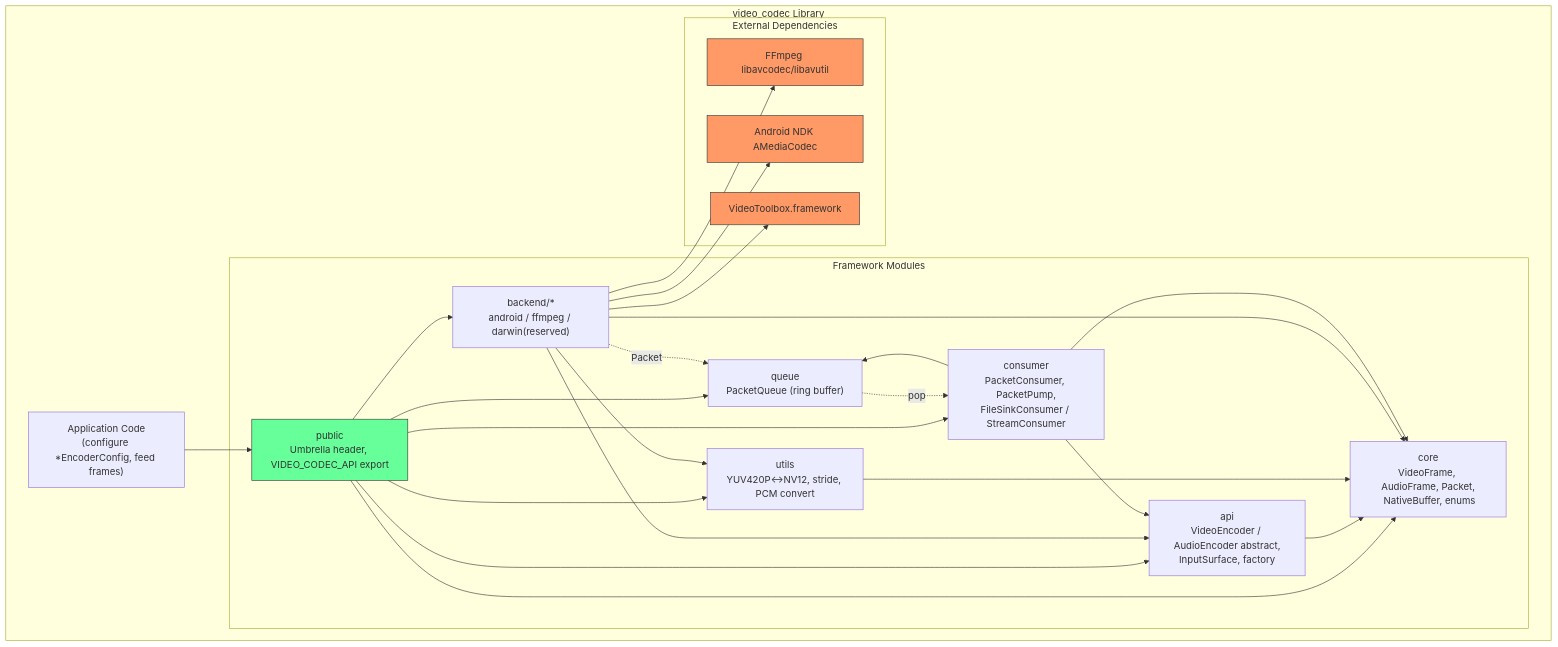
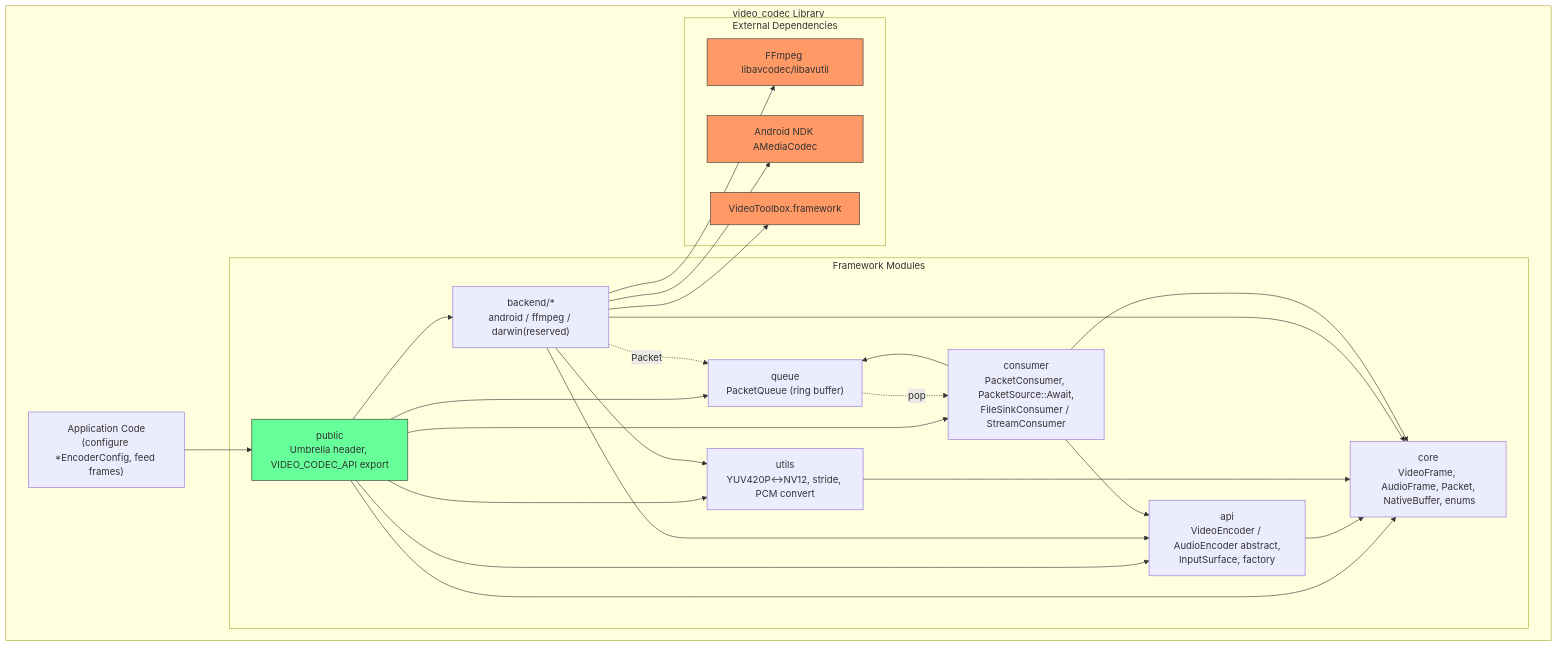
The first of 7 diagrams in specs/002-architecture-engineering-design/plan.md (oxsource/video_codec), drawn with Mermaid before and after one commit. The commit also changed other lines of this file and 69 other files, not shown here.

````diff
--- a/specs/002-architecture-engineering-design/plan.md
+++ b/specs/002-architecture-engineering-design/plan.md
@@ -133,48 +133,48 @@
 ```mermaid
 graph TD
     subgraph "video_codec Library"
         APP["Application Code<br/>(configure *EncoderConfig, feed frames)"]
 
         subgraph "Framework Modules"
             CORE["core<br/>VideoFrame, AudioFrame, Packet,<br/> NativeBuffer, enums"]
             API["api<br/>VideoEncoder / AudioEncoder abstract,<br/>InputSurface, factory"]
             UTILS["utils<br/>YUV420P↔NV12, stride, PCM convert"]
             BFF["backend/*<br/>android / ffmpeg / darwin(reserved)"]
             QUEUE["queue<br/>PacketQueue (ring buffer)"]
-            CONSUMER["consumer<br/>PacketConsumer, PacketPump,<br/>FileSinkConsumer / StreamConsumer"]
+            CONSUMER["consumer<br/>PacketConsumer, PacketSource::Await,<br/>FileSinkConsumer / StreamConsumer"]
             PUBLIC["public<br/>Umbrella header, VIDEO_CODEC_API export"]
         end
 
         subgraph "External Dependencies"
             FFMPEG["FFmpeg libavcodec/libavutil"]
             NDK["Android NDK AMediaCodec"]
             VT["VideoToolbox.framework"]
         end
 
         APP --> PUBLIC
         PUBLIC --> API
         PUBLIC --> CORE
         PUBLIC --> UTILS
         PUBLIC --> BFF
         PUBLIC --> QUEUE
         PUBLIC --> CONSUMER
         API --> CORE
         UTILS --> CORE
         BFF --> API
         BFF --> CORE
         BFF --> UTILS
         BFF --> FFMPEG
         BFF --> NDK
         BFF --> VT
         BFF -.->|Packet| QUEUE
         CONSUMER --> QUEUE
         CONSUMER --> API
         CONSUMER --> CORE
         QUEUE -.->|pop| CONSUMER
     end
 
     style FFMPEG fill:#f96,stroke:#333
     style NDK fill:#f96,stroke:#333
     style VT fill:#f96,stroke:#333
     style PUBLIC fill:#6f9,stroke:#333
 ```
````
